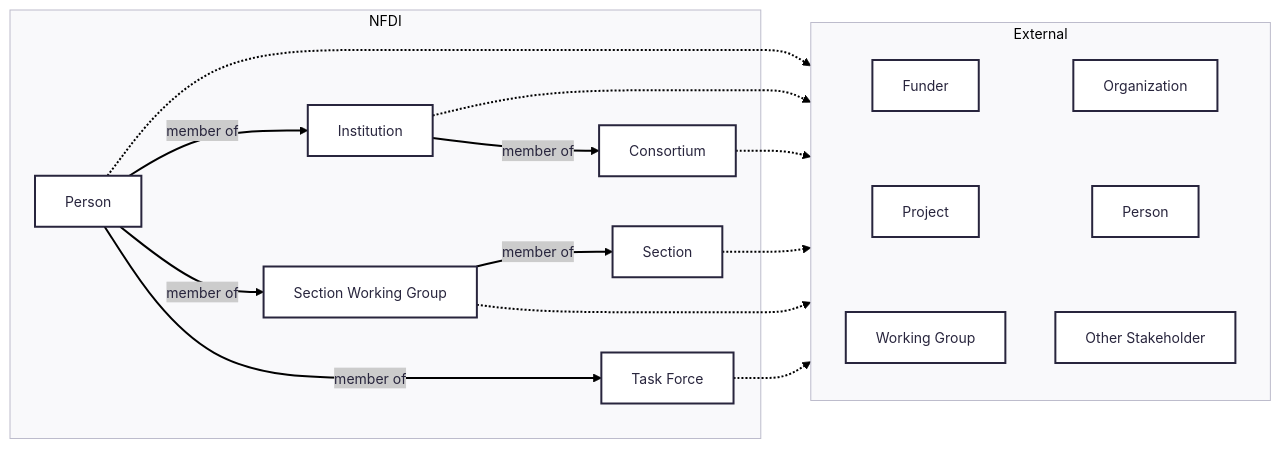
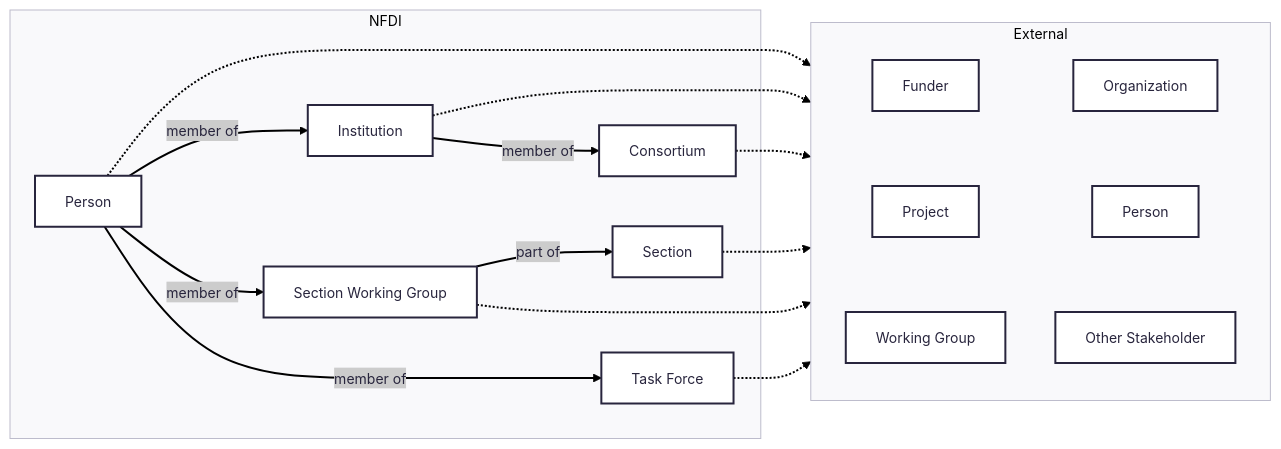
Before and after one commit to nfdi-de/section-int-wg-landscape: the diagram in README.md, drawn with Mermaid.

````diff
--- a/README.md
+++ b/README.md
@@ -19,33 +19,33 @@
 ```mermaid
 ---
 config:
       theme: redux
 ---
 graph LR
 
     internalPerson[Person] -.-> external
     internalInstitution[Institution] -.->  external
     internalConsortium[Consortium] -.-> external
     internalSection[Section] -.-> external
     internalWG[Section Working Group] -.-> external
     internalTF[Task Force] -.-> external
 
     subgraph external [External]
         funder[Funder]
         project[Project]
         workingGroup[Working Group]
         organization[Organization]
         externalPerson[Person]
         externalOther[Other Stakeholder]
 
         funder ~~~ project ~~~ workingGroup
         organization ~~~ externalPerson ~~~ externalOther
 
     end
 
     subgraph internal [NFDI]
         internalPerson -- member of --> internalInstitution -- member of --> internalConsortium
-        internalPerson -- member of --> internalWG -- member of --> internalSection
+        internalPerson -- member of --> internalWG -- part of --> internalSection
         internalPerson -- member of --> internalTF
     end
 ```
````
